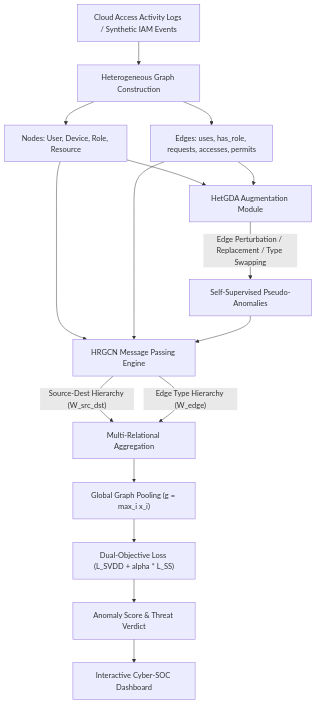
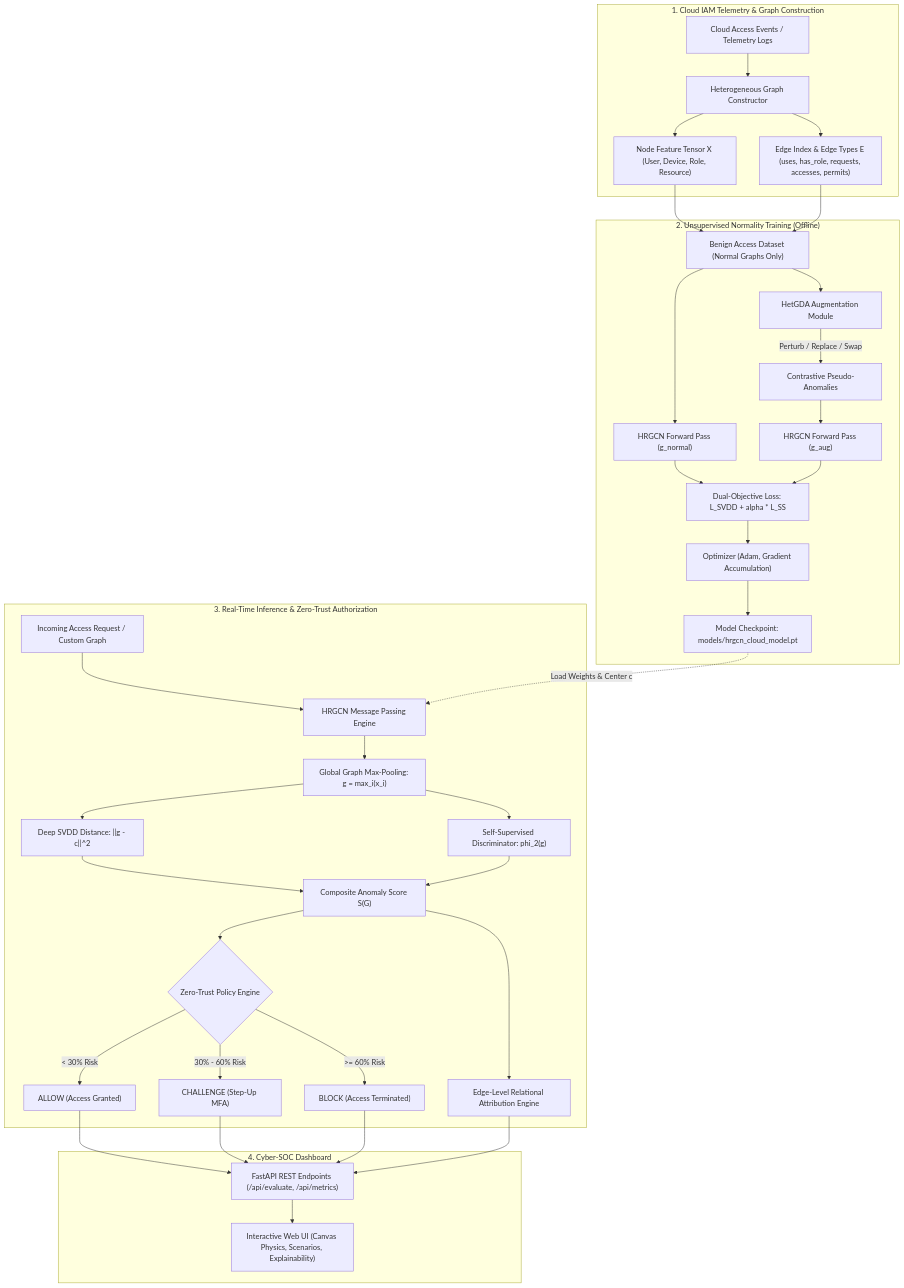
One commit to samuelmichaelalva/hrgcn_cloud_access_control changed the diagram in README.md. Above: the diagram before and after it, drawn with Mermaid. The commit also changed other lines of this file, not shown here.

Commit message:
docs: comprehensive technical overhaul of README with methodology, benchmarks, and architecture

````diff
--- a/README.md
+++ b/README.md
@@ -65,21 +95,40 @@
 ```mermaid
-graph TD
-    A["Cloud Access Activity Logs / Synthetic IAM Events"] --> B["Heterogeneous Graph Construction"]
-    B --> C["Nodes: User, Device, Role, Resource"]
-    B --> D["Edges: uses, has_role, requests, accesses, permits"]
-    
-    C & D --> E["HetGDA Augmentation Module"]
-    E -->|"Edge Perturbation / Replacement / Type Swapping"| F["Self-Supervised Pseudo-Anomalies"]
-    
-    C & D --> G["HRGCN Message Passing Engine"]
-    F --> G
-    
-    G -->|"Source-Dest Hierarchy (W_src_dst)"| H["Multi-Relational Aggregation"]
-    G -->|"Edge Type Hierarchy (W_edge)"| H
-    
-    H --> I["Global Graph Pooling (g = max_i x_i)"]
-    I --> J["Dual-Objective Loss (L_SVDD + alpha * L_SS)"]
-    
-    J --> K["Anomaly Score & Threat Verdict"]
-    K --> L["Interactive Cyber-SOC Dashboard"]
+flowchart TD
+    subgraph DataIngestion["1. Cloud IAM Telemetry & Graph Construction"]
+        A["Cloud Access Events / Telemetry Logs"] --> B["Heterogeneous Graph Constructor"]
+        B --> C["Node Feature Tensor X (User, Device, Role, Resource)"]
+        B --> D["Edge Index & Edge Types E (uses, has_role, requests, accesses, permits)"]
+    end
+
+    subgraph TrainingPipeline["2. Unsupervised Normality Training (Offline)"]
+        C & D --> E["Benign Access Dataset (Normal Graphs Only)"]
+        E --> F["HetGDA Augmentation Module"]
+        F -->|"Perturb / Replace / Swap"| G["Contrastive Pseudo-Anomalies"]
+        
+        E --> H["HRGCN Forward Pass (g_normal)"]
+        G --> I["HRGCN Forward Pass (g_aug)"]
+        
+        H & I --> J["Dual-Objective Loss: L_SVDD + alpha * L_SS"]
+        J --> K["Optimizer (Adam, Gradient Accumulation)"]
+        K --> L["Model Checkpoint: models/hrgcn_cloud_model.pt"]
+    end
+
+    subgraph InferencePipeline["3. Real-Time Inference & Zero-Trust Authorization"]
+        M["Incoming Access Request / Custom Graph"] --> N["HRGCN Message Passing Engine"]
+        L -.->|Load Weights & Center c| N
+        N --> O["Global Graph Max-Pooling: g = max_i(x_i)"]
+        O --> P["Deep SVDD Distance: ||g - c||^2"]
+        O --> Q["Self-Supervised Discriminator: phi_2(g)"]
+        P & Q --> R["Composite Anomaly Score S(G)"]
+        R --> S{"Zero-Trust Policy Engine"}
+        S -->|< 30% Risk| T["ALLOW (Access Granted)"]
+        S -->|30% - 60% Risk| U["CHALLENGE (Step-Up MFA)"]
+        S -->|>= 60% Risk| V["BLOCK (Access Terminated)"]
+        R --> W["Edge-Level Relational Attribution Engine"]
+    end
+
+    subgraph PresentationLayer["4. Cyber-SOC Dashboard"]
+        T & U & V & W --> X["FastAPI REST Endpoints (/api/evaluate, /api/metrics)"]
+        X --> Y["Interactive Web UI (Canvas Physics, Scenarios, Explainability)"]
+    end
 ```
````
